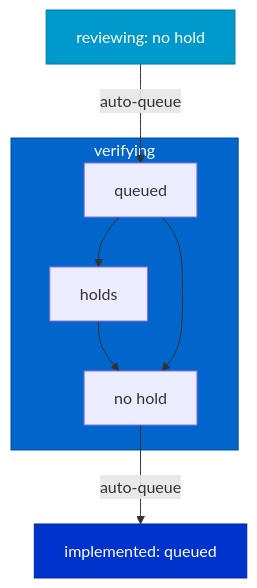
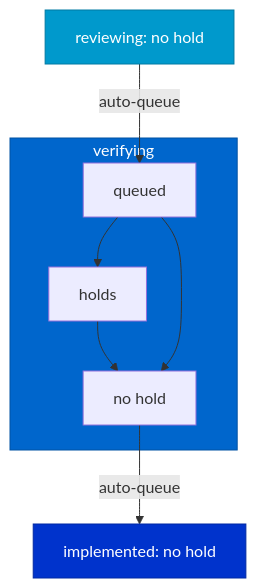
One commit to Mharbulous/StoryTree changed the diagram in claude/skills/story-tree/references/workflow5-verifying.md. Above: the diagram before and after it, drawn with Mermaid. The commit also changed 6 other files, not shown here.

````diff
--- a/claude/skills/story-tree/references/workflow5-verifying.md
+++ b/claude/skills/story-tree/references/workflow5-verifying.md
@@ -9,22 +9,22 @@
 ```mermaid
 flowchart TB
     reviewing[reviewing: no hold] -->|auto-queue| v_q
 
     subgraph verify_stage [verifying]
         v_q[queued]
         v_h[holds]
         v_clear[no hold]
         v_q --> v_h
         v_h --> v_clear
         v_q --> v_clear
     end
 
-    v_clear -->|auto-queue| implemented[implemented: queued]
+    v_clear -->|auto-queue| implemented[implemented: no hold]
 
     classDef reviewingBox fill:#0099CC,stroke:#007AA3,color:#fff
     classDef verifyingBox fill:#0066CC,stroke:#0052A3,color:#fff
     classDef implementedBox fill:#0033CC,stroke:#0029A3,color:#fff
     class reviewing reviewingBox
     class verify_stage verifyingBox
     class implemented implementedBox
 ```
````
